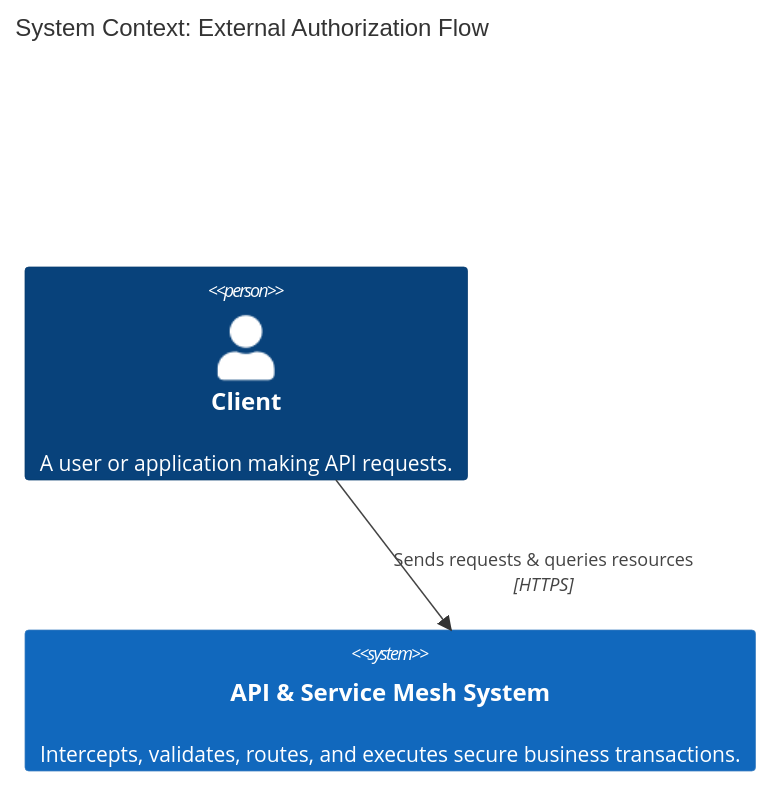
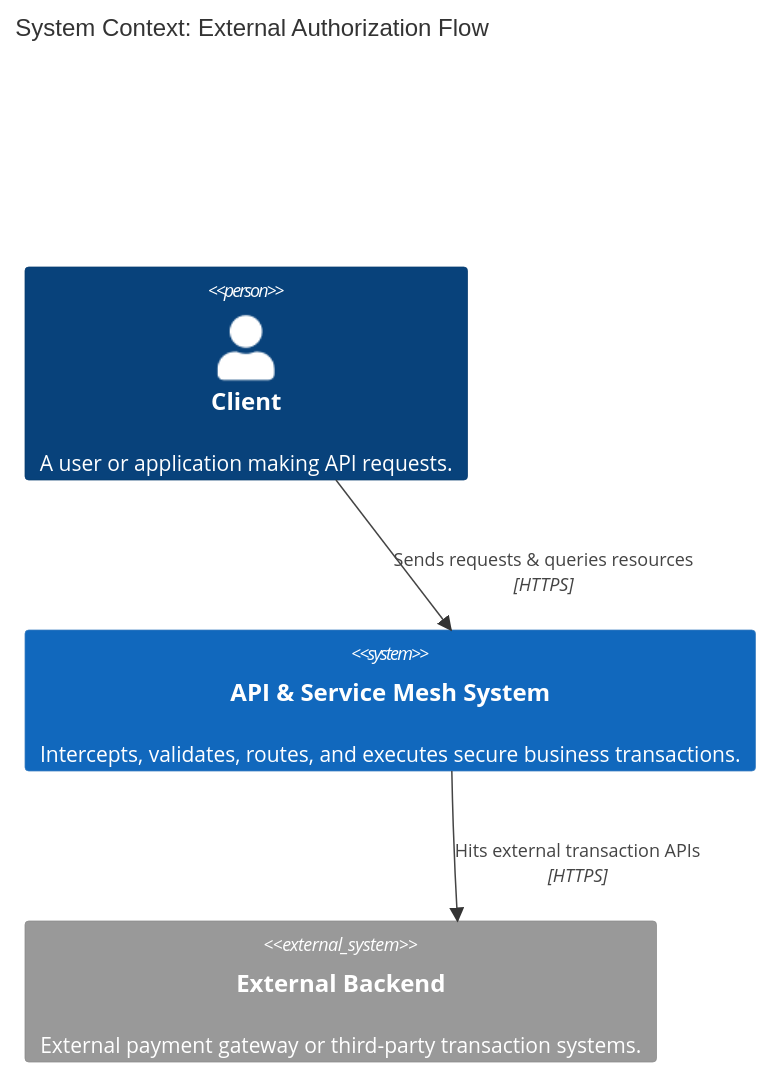
One commit to kiquetal/kiquetal.github.io changed the first of 6 diagrams in src/content/blog/2026-08-08-auth-ext-middleware.md. Above: the diagram before and after it, drawn with Mermaid. The commit also changed other lines of this file, not shown here.

Commit message:
feat: enhance C4 diagrams with external backend system and transaction API interactions

````diff
--- a/src/content/blog/2026-08-08-auth-ext-middleware.md
+++ b/src/content/blog/2026-08-08-auth-ext-middleware.md
@@ -29,9 +29,11 @@
 ```mermaid
 C4Context
   title System Context: External Authorization Flow
 
   Person(client, "Client", "A user or application making API requests.")
   System(api_system, "API & Service Mesh System", "Intercepts, validates, routes, and executes secure business transactions.")
+  System_Ext(ext_backend, "External Backend", "External payment gateway or third-party transaction systems.")
 
   Rel(client, api_system, "Sends requests & queries resources", "HTTPS")
+  Rel(api_system, ext_backend, "Hits external transaction APIs", "HTTPS")
 ```
````
